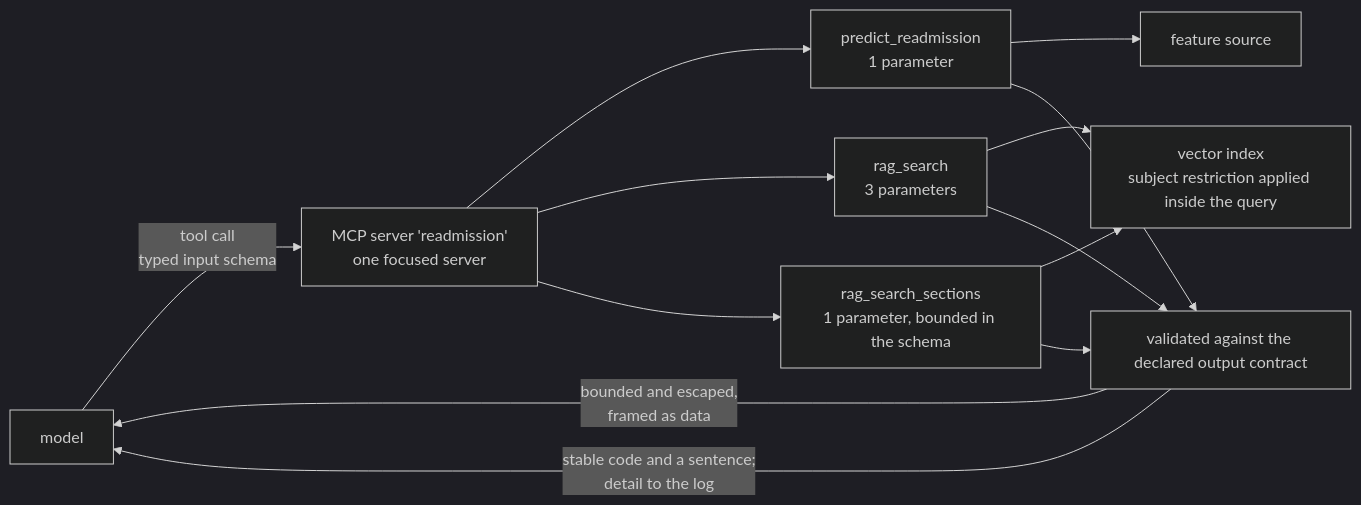
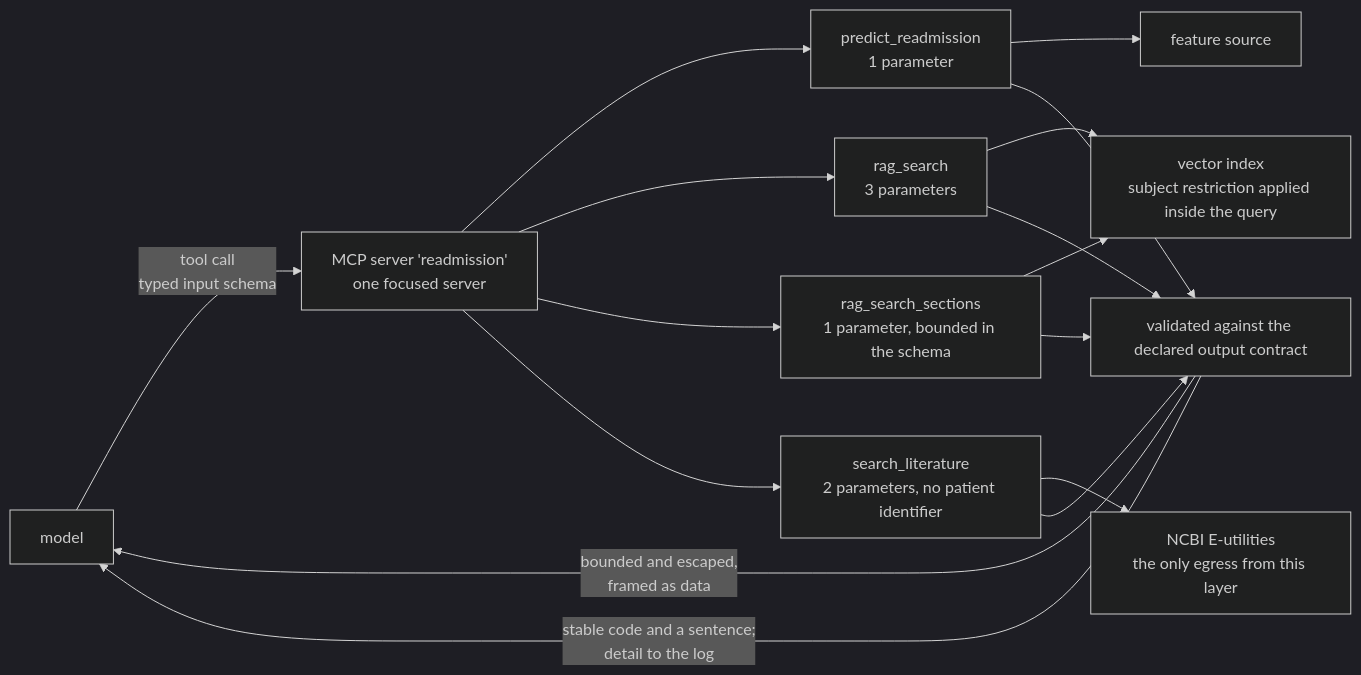
The diagram in docs/architecture/layer-05-tools-mcp.md (DanHerman212/enterprise_clinical_copilot), drawn with Mermaid (dark theme) before and after one commit. The commit also changed 23 other files, not shown here.

````diff
--- a/docs/architecture/layer-05-tools-mcp.md
+++ b/docs/architecture/layer-05-tools-mcp.md
@@ -52,15 +52,18 @@
 ```mermaid
 flowchart LR
   M["model"] -->|"tool call<br/>typed input schema"| S["MCP server 'readmission'<br/>one focused server"]
   S --> T1["predict_readmission<br/>1 parameter"]
   S --> T2["rag_search<br/>3 parameters"]
   S --> T3["rag_search_sections<br/>1 parameter, bounded in the schema"]
+  S --> T4["search_literature<br/>2 parameters, no patient identifier"]
   T1 --> FS["feature source"]
   T2 --> IDX["vector index<br/>subject restriction applied inside the query"]
   T3 --> IDX
+  T4 --> EXT["NCBI E-utilities<br/>the only egress from this layer"]
   T1 --> V["validated against the declared output contract"]
   T2 --> V
   T3 --> V
+  T4 --> V
   V -->|"bounded and escaped,<br/>framed as data"| M
   V -->|"stable code and a sentence;<br/>detail to the log"| M
 ```
````
